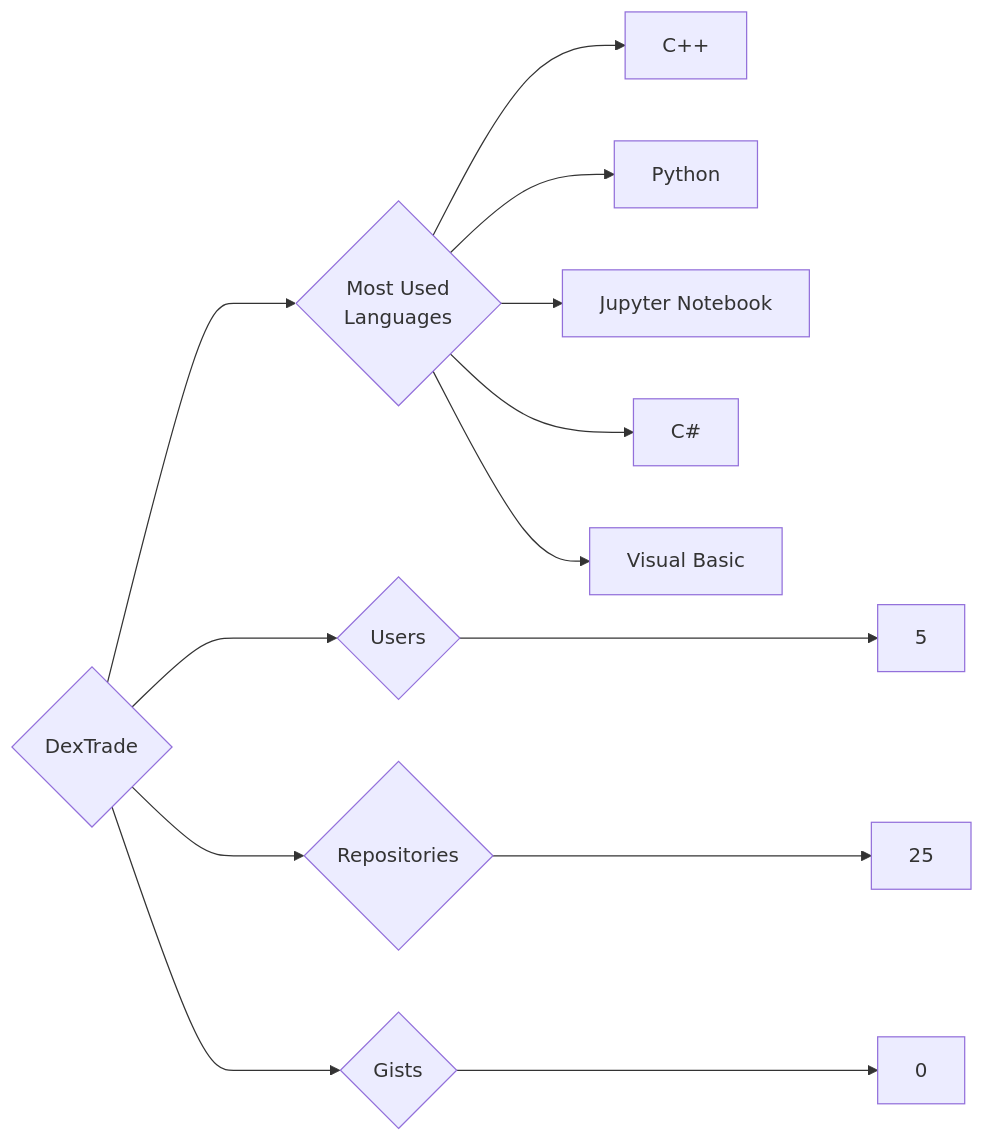
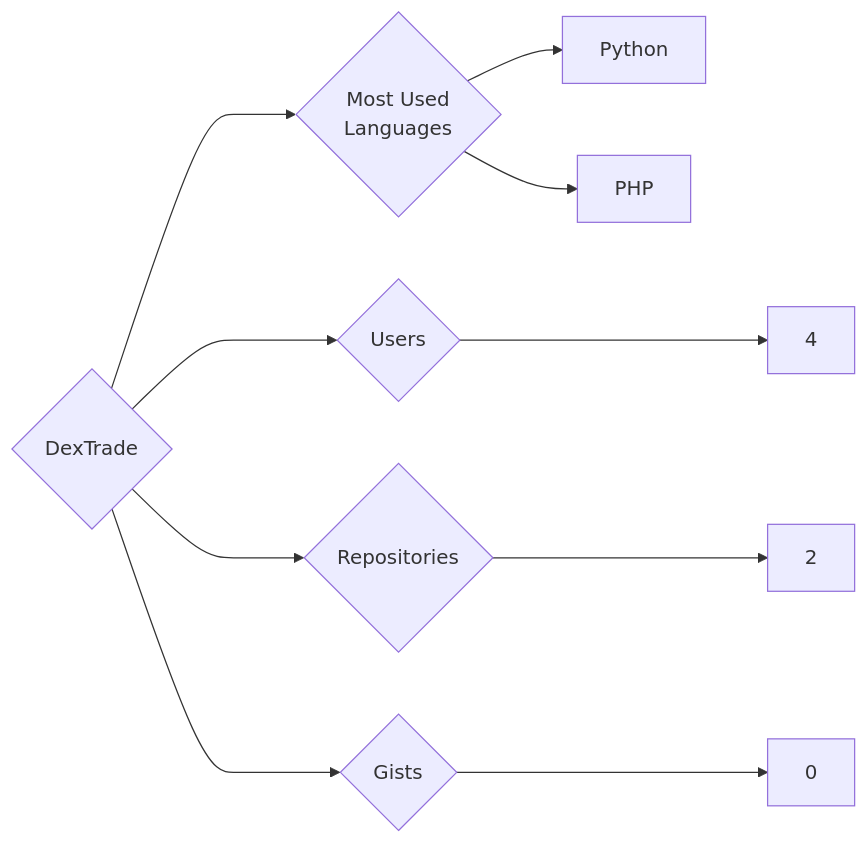
The diagram in targets/DexTrade/README.md (trickest/insiders), drawn with Mermaid before and after one commit. The commit also changed 934 other files, not shown here.

````diff
--- a/targets/DexTrade/README.md
+++ b/targets/DexTrade/README.md
@@ -3,13 +3,10 @@
 ```mermaid
 graph LR
 COMPANY_NAME{DexTrade}
-COMPANY_NAME ---> U{Users} ---> UN[5]
-COMPANY_NAME ---> R{Repositories} ---> RN[25]
+COMPANY_NAME ---> U{Users} ---> UN[4]
+COMPANY_NAME ---> R{Repositories} ---> RN[2]
 COMPANY_NAME ---> G{Gists} ---> GN[0]
 COMPANY_NAME ---> ML{Most Used<br>Languages}
-ML --> C++[C++]
 ML --> Python[Python]
-ML --> Jupyter_Notebook[Jupyter Notebook]
-ML --> C#[C#]
-ML --> Visual_Basic[Visual Basic]
+ML --> PHP[PHP]
 ```
````
